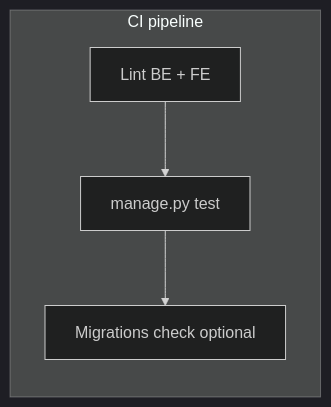
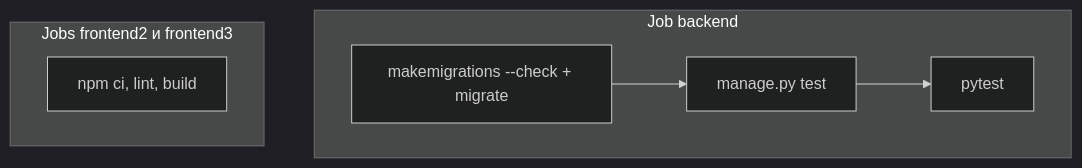
Before and after one commit to pavelchamgl/reli.one: the third of 3 diagrams in docs/08-testing-strategy.md, drawn with Mermaid (dark theme). The commit also changed other lines of this file and 7 other files, not shown here.

````diff
--- a/docs/08-testing-strategy.md
+++ b/docs/08-testing-strategy.md
@@ -194,9 +197,12 @@
 ```mermaid
-flowchart LR
-  subgraph ci [CI pipeline]
-    L[Lint BE + FE]
+flowchart TB
+  subgraph backend [Job backend]
+    M[makemigrations --check + migrate]
     T[manage.py test]
-    M[Migrations check optional]
+    P[pytest]
+    M --> T --> P
   end
-  L --> T --> M
+  subgraph fe [Jobs frontend2 и frontend3]
+    F[npm ci, lint, build]
+  end
 ```
````
